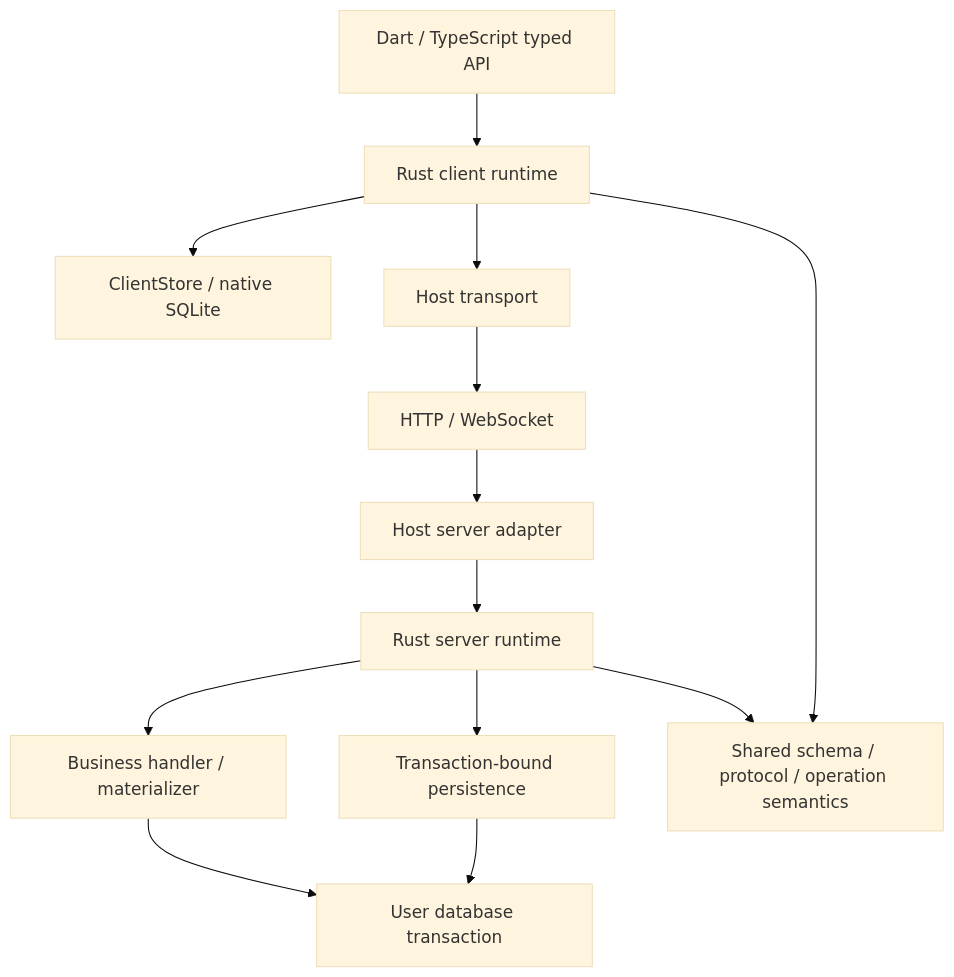
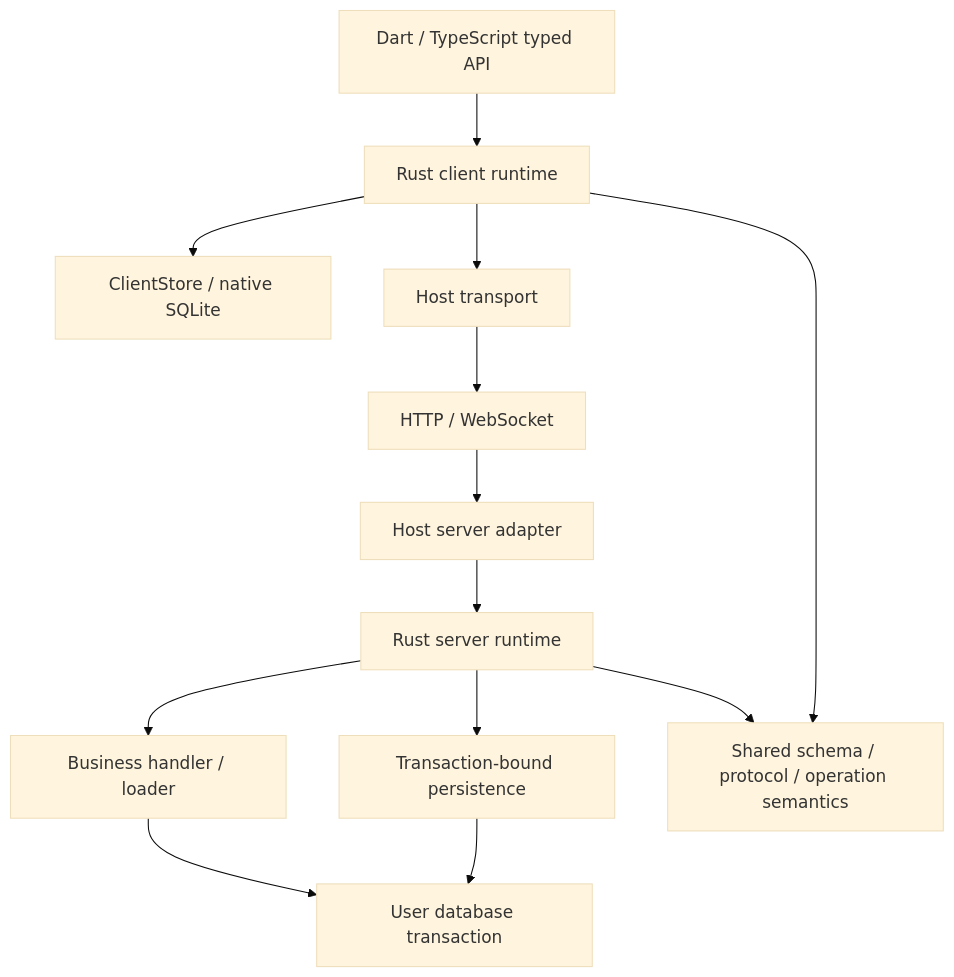
The diagram in docs/superpowers/specs/2026-09-10-rust-core-design.md (steve-z-wang/ahead), drawn with Mermaid (base theme) before and after one commit. The commit also changed other lines of this file and 140 other files, not shown here.

````diff
--- a/docs/superpowers/specs/2026-09-10-rust-core-design.md
+++ b/docs/superpowers/specs/2026-09-10-rust-core-design.md
@@ -51,15 +50,15 @@
 ```mermaid
 flowchart TD
   UI[Dart / TypeScript typed API] --> C[Rust client runtime]
   C --> L[ClientStore / native SQLite]
   C --> CT[Host transport]
   CT --> NET[HTTP / WebSocket]
   NET --> ST[Host server adapter]
   ST --> S[Rust server runtime]
-  S --> H[Business handler / materializer]
+  S --> H[Business handler / loader]
   S --> P[Transaction-bound persistence]
   H --> DB[User database transaction]
   P --> DB
   C --> K[Shared schema / protocol / operation semantics]
   S --> K
 ```
````
